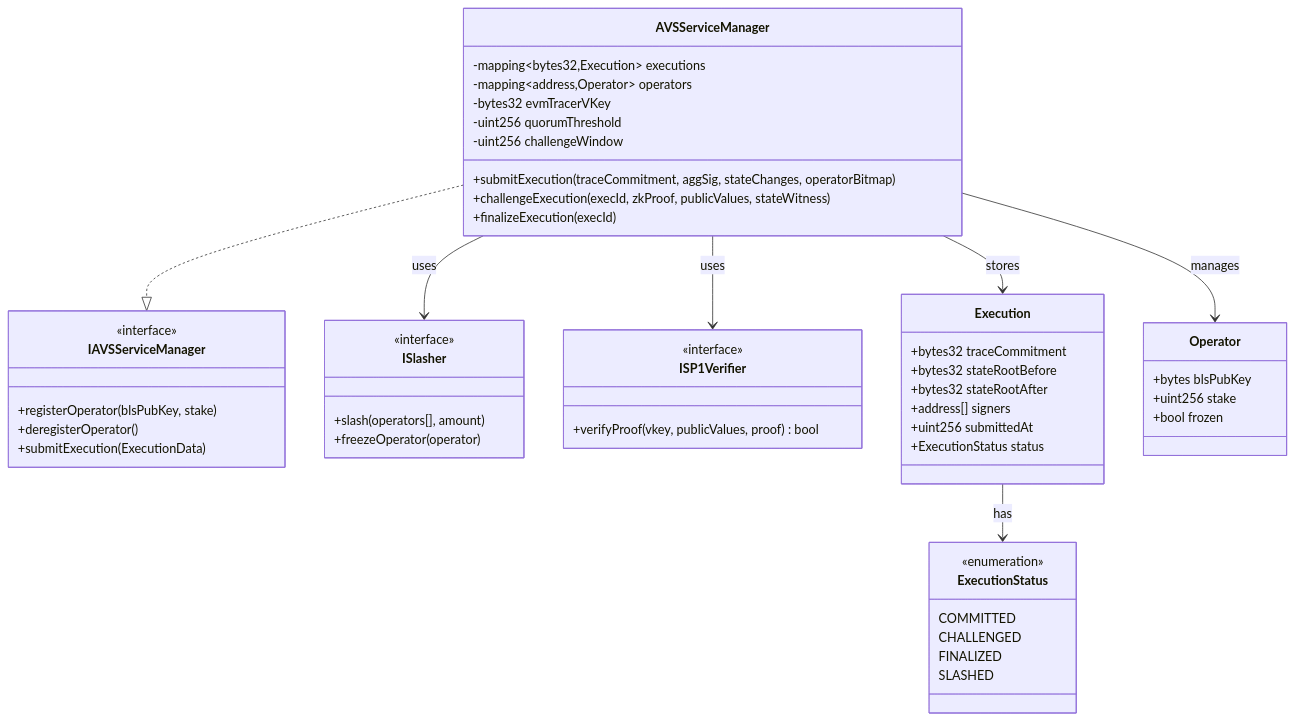
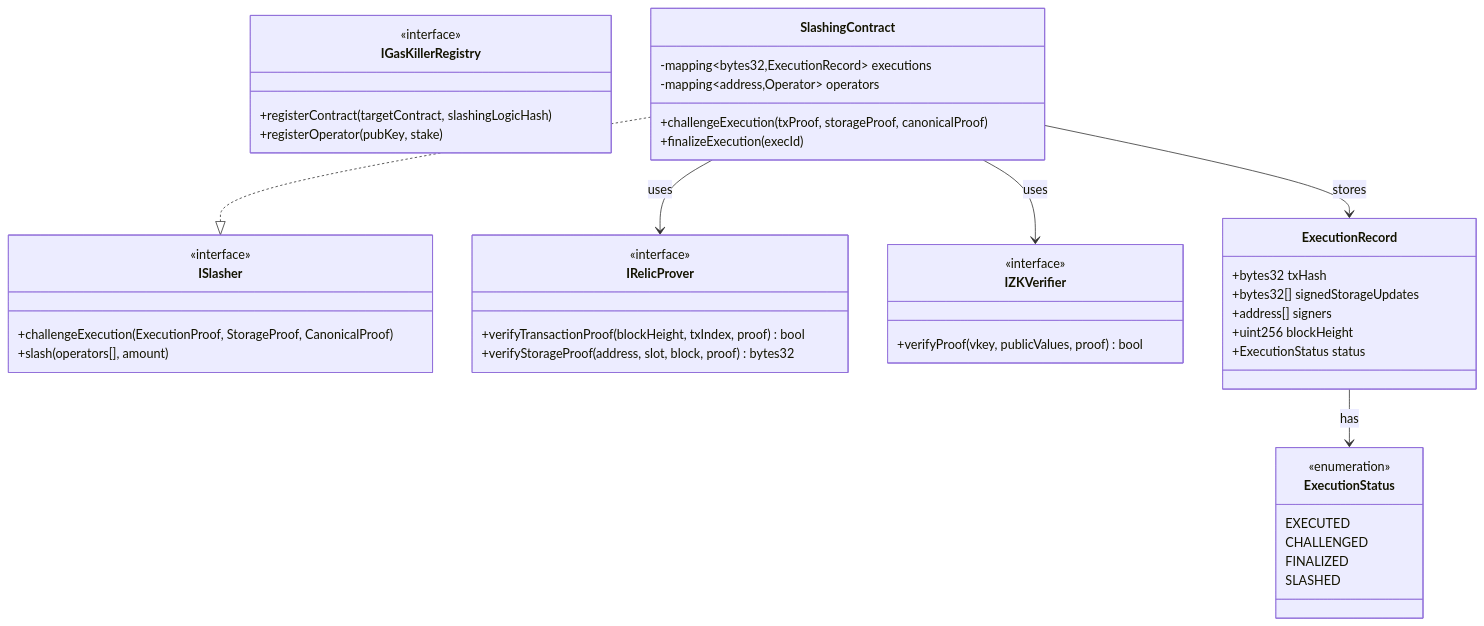
Before and after one commit to BreadchainCoop/gas-killer-analyzer: the fourth of 4 diagrams in docs/ZK_AVS_FRAUD_PROOFS_SPEC.md, drawn with Mermaid. The commit also changed other lines of this file, not shown here.

First line of the commit message:
refactor: align spec with Gas Killer slashing context

````diff
--- a/docs/ZK_AVS_FRAUD_PROOFS_SPEC.md
+++ b/docs/ZK_AVS_FRAUD_PROOFS_SPEC.md
@@ -375,61 +357,54 @@
 ```mermaid
 classDiagram
-    class IAVSServiceManager {
+    class IGasKillerRegistry {
         <<interface>>
-        +registerOperator(blsPubKey, stake)
-        +deregisterOperator()
-        +submitExecution(ExecutionData)
+        +registerContract(targetContract, slashingLogicHash)
+        +registerOperator(pubKey, stake)
     }
 
     class ISlasher {
         <<interface>>
+        +challengeExecution(ExecutionProof, StorageProof, CanonicalProof)
         +slash(operators[], amount)
-        +freezeOperator(operator)
     }
 
-    class ISP1Verifier {
+    class IRelicProver {
+        <<interface>>
+        +verifyTransactionProof(blockHeight, txIndex, proof) bool
+        +verifyStorageProof(address, slot, block, proof) bytes32
+    }
+
+    class IZKVerifier {
         <<interface>>
         +verifyProof(vkey, publicValues, proof) bool
     }
 
-    class AVSServiceManager {
-        -mapping~bytes32,Execution~ executions
+    class SlashingContract {
+        -mapping~bytes32,ExecutionRecord~ executions
         -mapping~address,Operator~ operators
-        -bytes32 evmTracerVKey
-        -uint256 quorumThreshold
-        -uint256 challengeWindow
-        +submitExecution(traceCommitment, aggSig, stateChanges, operatorBitmap)
-        +challengeExecution(execId, zkProof, publicValues, stateWitness)
+        +challengeExecution(txProof, storageProof, canonicalProof)
         +finalizeExecution(execId)
     }
 
-    class Execution {
-        +bytes32 traceCommitment
-        +bytes32 stateRootBefore
-        +bytes32 stateRootAfter
+    class ExecutionRecord {
+        +bytes32 txHash
+        +bytes32[] signedStorageUpdates
         +address[] signers
-        +uint256 submittedAt
+        +uint256 blockHeight
         +ExecutionStatus status
     }
 
     class ExecutionStatus {
         <<enumeration>>
-        COMMITTED
+        EXECUTED
         CHALLENGED
         FINALIZED
         SLASHED
     }
 
-    class Operator {
-        +bytes blsPubKey
-        +uint256 stake
-        +bool frozen
-    }
-
-    AVSServiceManager ..|> IAVSServiceManager
-    AVSServiceManager --> ISlasher : uses
-    AVSServiceManager --> ISP1Verifier : uses
-    AVSServiceManager --> Execution : stores
-    Execution --> ExecutionStatus : has
-    AVSServiceManager --> Operator : manages
+    SlashingContract ..|> ISlasher
+    SlashingContract --> IRelicProver : uses
+    SlashingContract --> IZKVerifier : uses
+    SlashingContract --> ExecutionRecord : stores
+    ExecutionRecord --> ExecutionStatus : has
 ```
````
